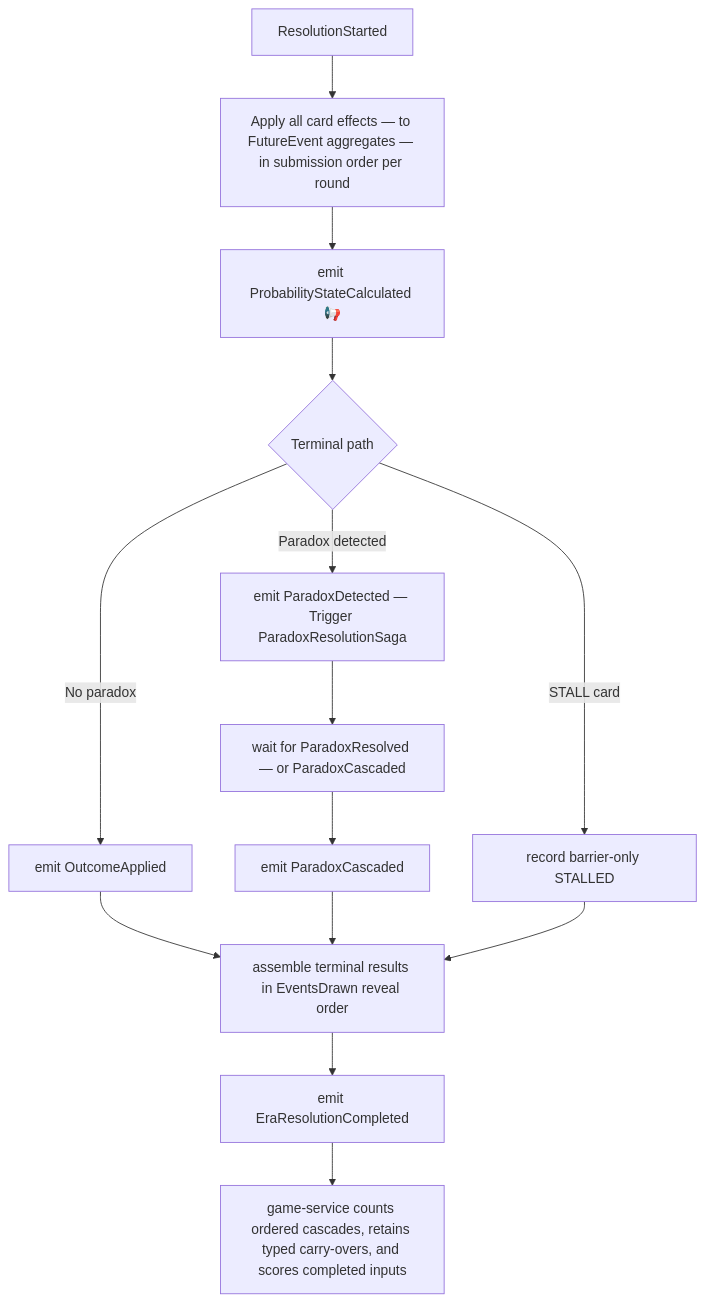
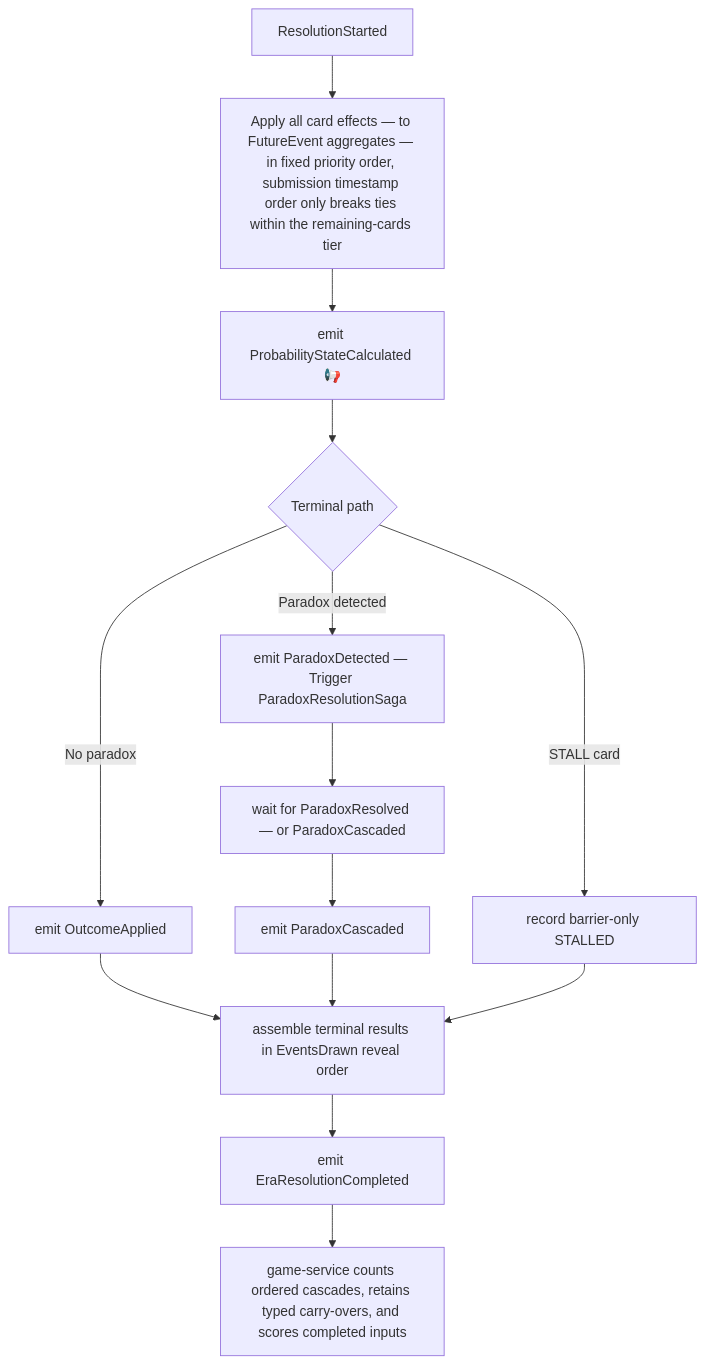
The diagram in sagas/resolution.mdx (temporal-rift/docs), drawn with Mermaid before and after one commit.

Commit message:
docs: align resolution flowchart with the fixed priority-order table
The flowchart's first step said card effects apply in submission order,
contradicting the priority table right below it. Submission timestamp
order only breaks ties within the remaining-cards tier (priority 6+).

````diff
--- a/sagas/resolution.mdx
+++ b/sagas/resolution.mdx
@@ -11,16 +11,16 @@
 ```mermaid
 flowchart TD
-  A[ResolutionStarted] --> B[Apply all card effects — to FutureEvent aggregates — in submission order per round]
+  A[ResolutionStarted] --> B[Apply all card effects — to FutureEvent aggregates — in fixed priority order, submission timestamp order only breaks ties within the remaining-cards tier]
   B --> C[emit ProbabilityStateCalculated 📢]
   C --> D{Terminal path}
   D -->|No paradox| E[emit OutcomeApplied]
   D -->|Paradox detected| F[emit ParadoxDetected — Trigger ParadoxResolutionSaga]
   F --> G[wait for ParadoxResolved — or ParadoxCascaded]
   G --> H[emit ParadoxCascaded]
   D -->|STALL card| I[record barrier-only STALLED]
   E --> J[assemble terminal results in EventsDrawn reveal order]
   H --> J
   I --> J
   J --> K[emit EraResolutionCompleted]
   K --> L[game-service counts ordered cascades, retains typed carry-overs, and scores completed inputs]
 ```
````
